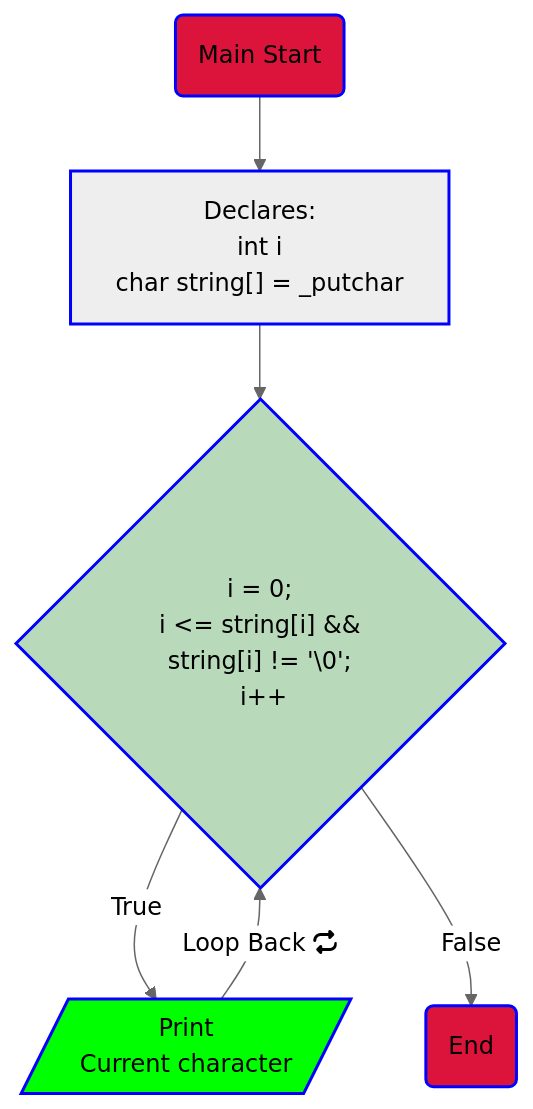
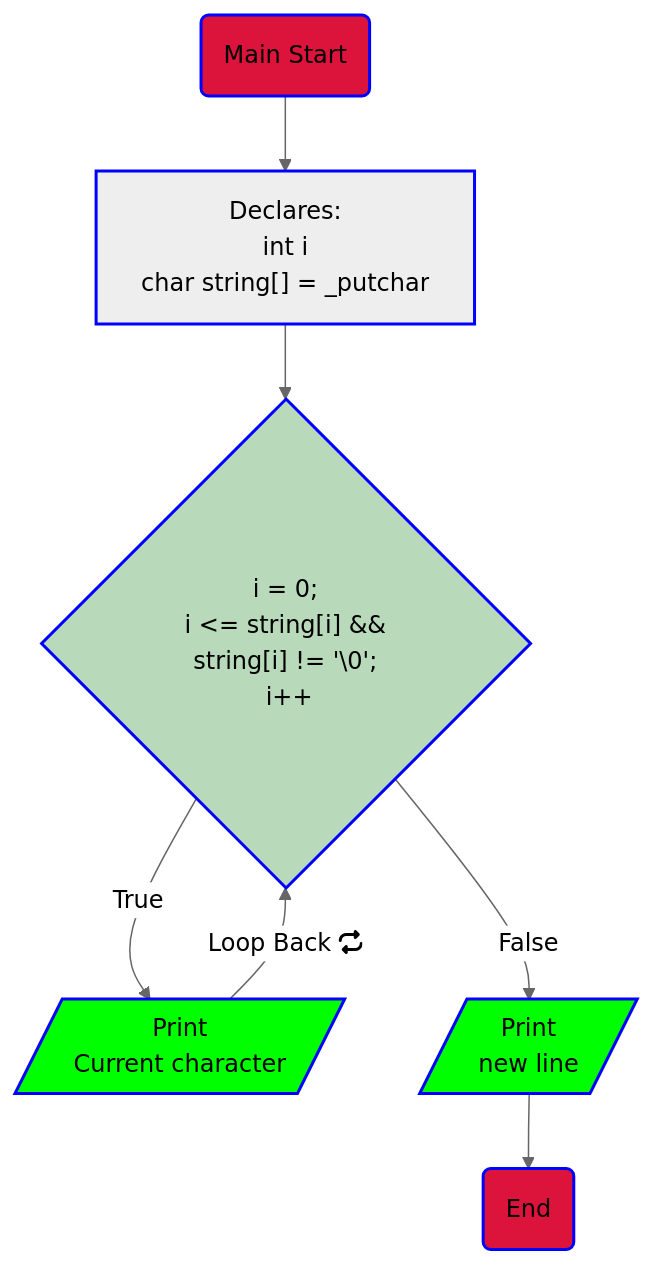
Before and after one commit to KevinYeff/holbertonschool-low_level_programming: the first of 2 diagrams in functions_nested_loops/README.md, drawn with Mermaid. The commit also changed other lines of this file, not shown here.

````diff
--- a/functions_nested_loops/README.md
+++ b/functions_nested_loops/README.md
@@ -21,17 +21,18 @@
 ```mermaid
 graph TD;
 Start(Main Start)-->Declare["Declares:<br>int i<br>char string[] = "_putchar""]
 Declare-->Loop{"i = 0;<br> i <= string[i] && string[i] != '\0';<br> i++"}
 Loop--True-->Print[/Print<br>Current character/]
 Print-- Loop Back fa:fa-repeat-->Loop
-Loop-- False -->End(End)
+Loop-- False -->Print2[/Print<br>new line/]-->End(End)
 
 style Start fill:crimson,stroke:blue,stroke-width:2px
 style Loop fill:#b8daba,stroke:blue,stroke-width:2px
 style End fill:crimson,stroke:blue,stroke-width:2px
 style Print fill:#00ff00,stroke:blue,stroke-width:2px
+style Print2 fill:#00ff00,stroke:blue,stroke-width:2px
 style Declare stroke:blue,stroke-width:2px
 %%{init:{
     'theme': 'neutral'
 }}%%
 ```
````
